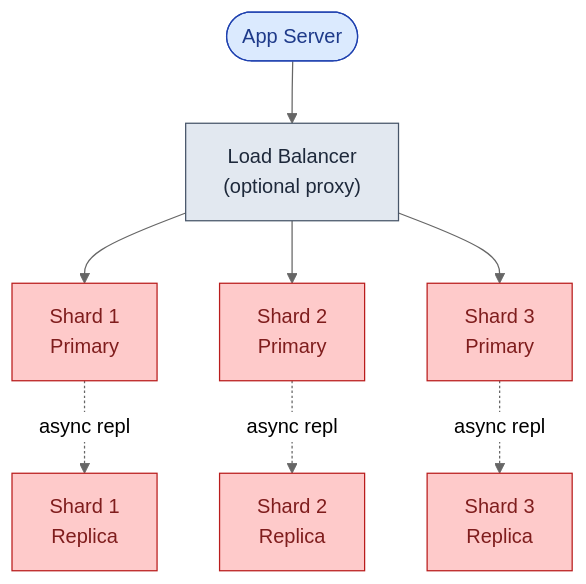
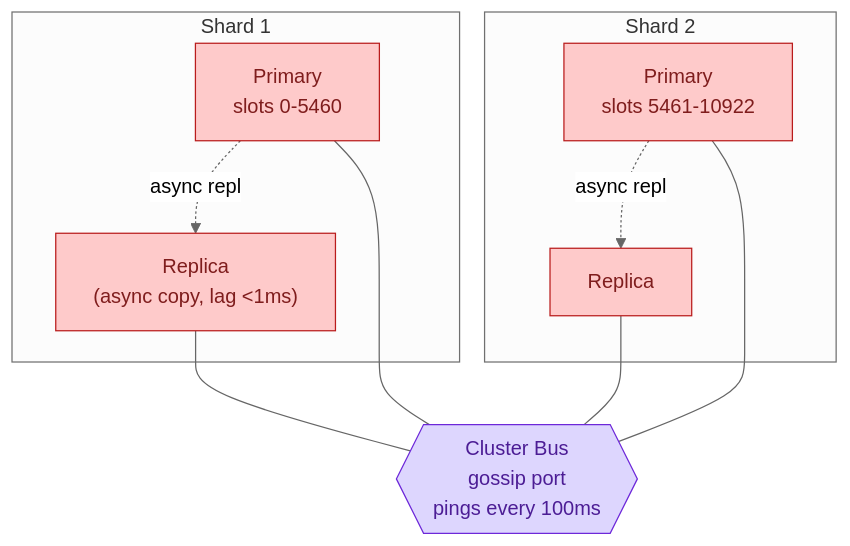
Before and after one commit to shiningflash/system-design: the fifth of 11 diagrams in problems/009-distributed-cache/question.md, drawn with Mermaid (neutral theme). The commit also changed other lines of this file and 37 other files, not shown here.

````diff
--- a/problems/009-distributed-cache/question.md
+++ b/problems/009-distributed-cache/question.md
@@ -221,14 +172,23 @@
 ```mermaid
 flowchart TB
-    App([App Server]):::user --> GW["Load Balancer<br/>(optional proxy)"]:::edge
-    GW --> S1P["Shard 1<br/>Primary"]:::cache
-    GW --> S2P["Shard 2<br/>Primary"]:::cache
-    GW --> S3P["Shard 3<br/>Primary"]:::cache
-    S1P -.async repl.-> S1R["Shard 1<br/>Replica"]:::cache
-    S2P -.async repl.-> S2R["Shard 2<br/>Replica"]:::cache
-    S3P -.async repl.-> S3R["Shard 3<br/>Replica"]:::cache
+    subgraph Shard1["Shard 1"]
+        S1P["Primary<br/>slots 0-5460"]:::cache
+        S1R["Replica<br/>(async copy, lag <1ms)"]:::cache
+        S1P -.->|async repl| S1R
+    end
 
-    classDef user fill:#dbeafe,stroke:#1e40af,color:#1e3a8a
-    classDef edge fill:#e2e8f0,stroke:#475569,color:#1e293b
+    subgraph Shard2["Shard 2"]
+        S2P["Primary<br/>slots 5461-10922"]:::cache
+        S2R["Replica"]:::cache
+        S2P -.->|async repl| S2R
+    end
+
+    Bus{{"Cluster Bus<br/>gossip port<br/>pings every 100ms"}}:::queue
+    S1P --- Bus
+    S2P --- Bus
+    S1R --- Bus
+    S2R --- Bus
+
     classDef cache fill:#fecaca,stroke:#b91c1c,color:#7f1d1d
+    classDef queue fill:#ddd6fe,stroke:#6d28d9,color:#4c1d95
 ```
````
